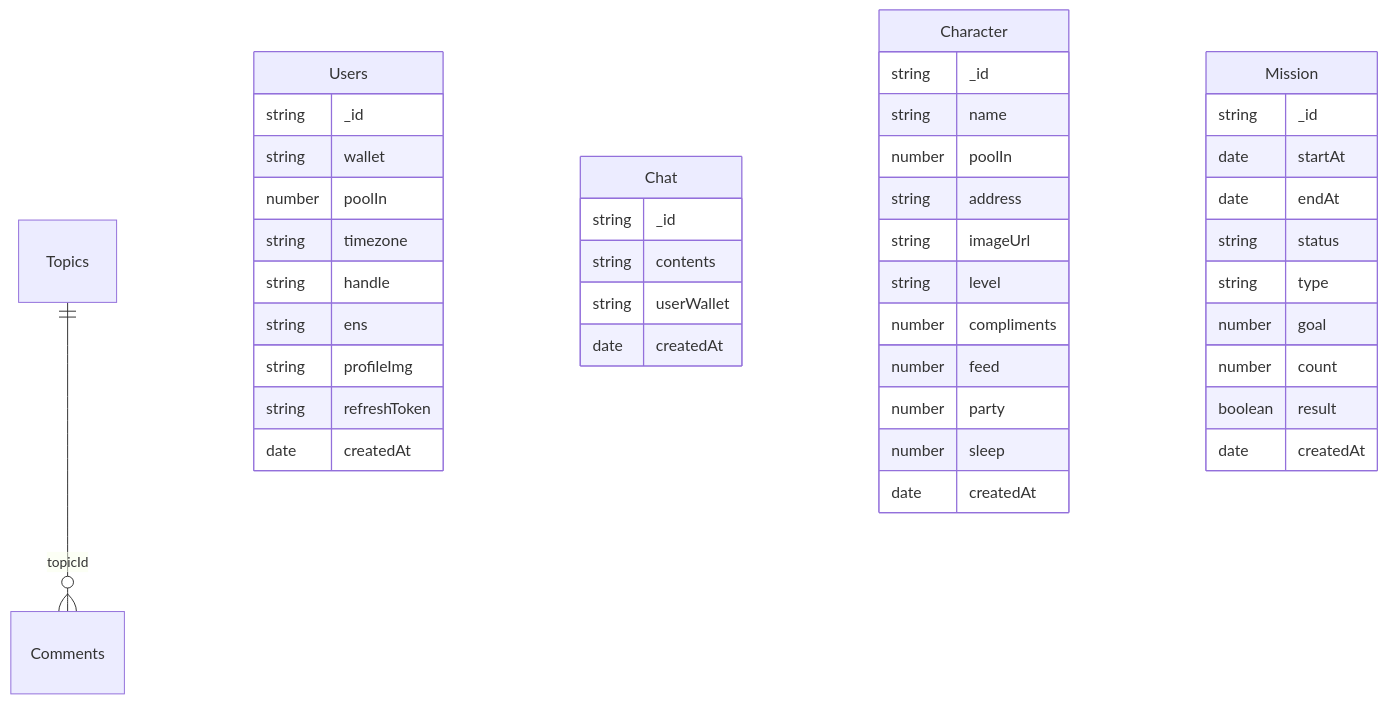
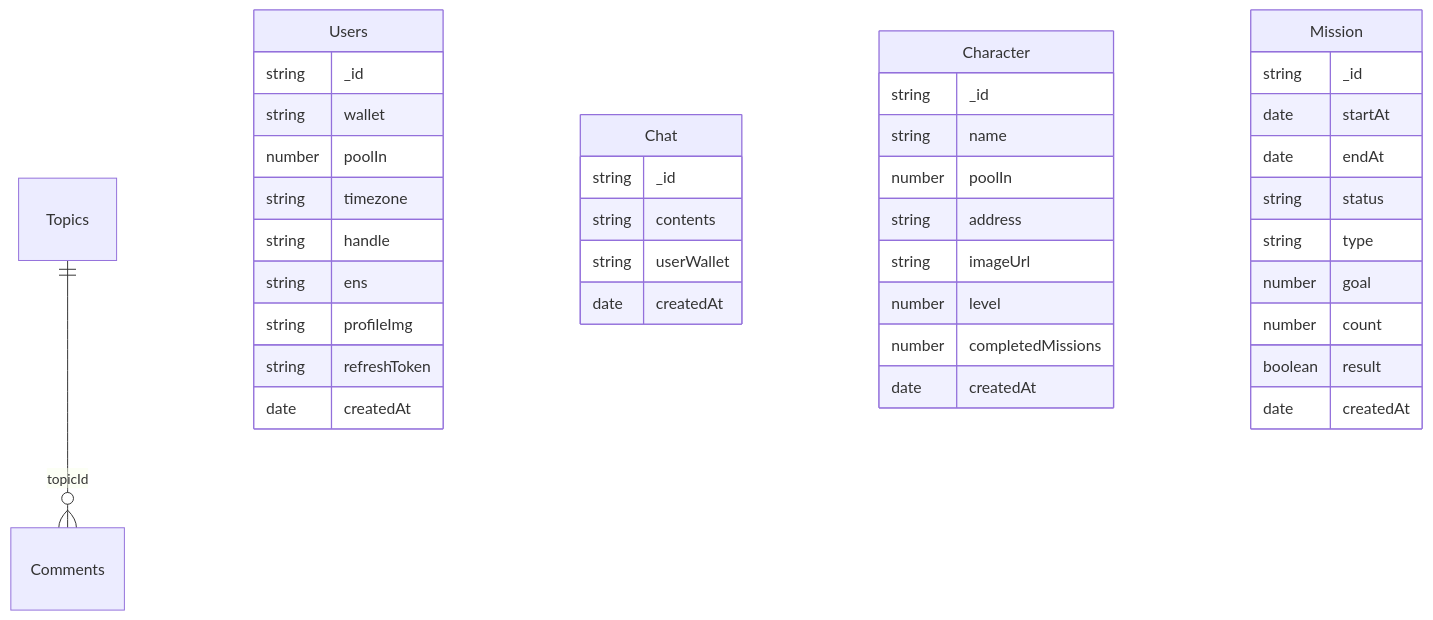
One commit to squad-labs/kumagotchi-server changed the diagram in README.md. Above: the diagram before and after it, drawn with Mermaid. The commit also changed 8 other files, not shown here.

````diff
--- a/README.md
+++ b/README.md
@@ -5,49 +5,46 @@
 ```mermaid
 erDiagram
   Topics ||--o{ Comments : topicId
 
   Users {
     string _id
     string wallet
     number poolIn
     string timezone
     string handle
     string ens
     string profileImg
     string refreshToken
     date createdAt
   }
 
   Chat {
     string _id
     string contents
     string userWallet
     date createdAt
   }
 
   Character {
     string _id
     string name
     number poolIn
     string address
     string imageUrl
-    string level
-    number compliments
-    number feed
-    number party
-    number sleep
+    number level
+    number completedMissions
     date createdAt
   }
 
   Mission {
     string _id
     date startAt
     date endAt
     string status
     string type
     number goal
     number count
     boolean result
     date createdAt
   }
 ```
````
